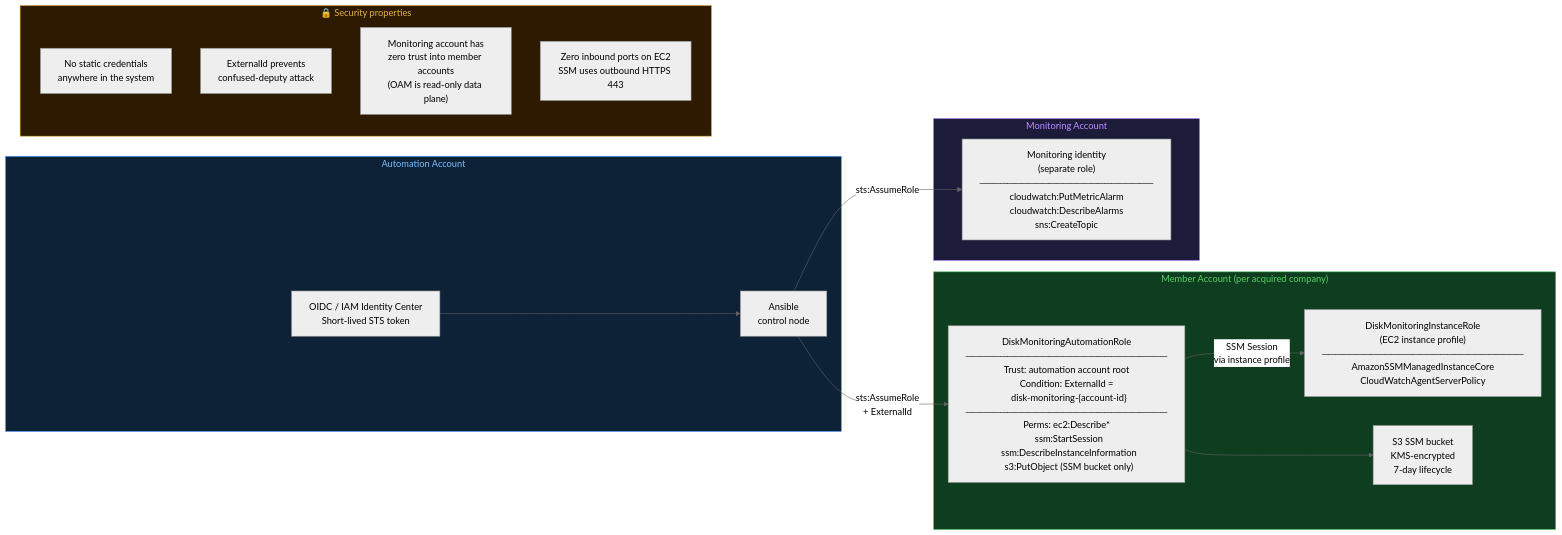
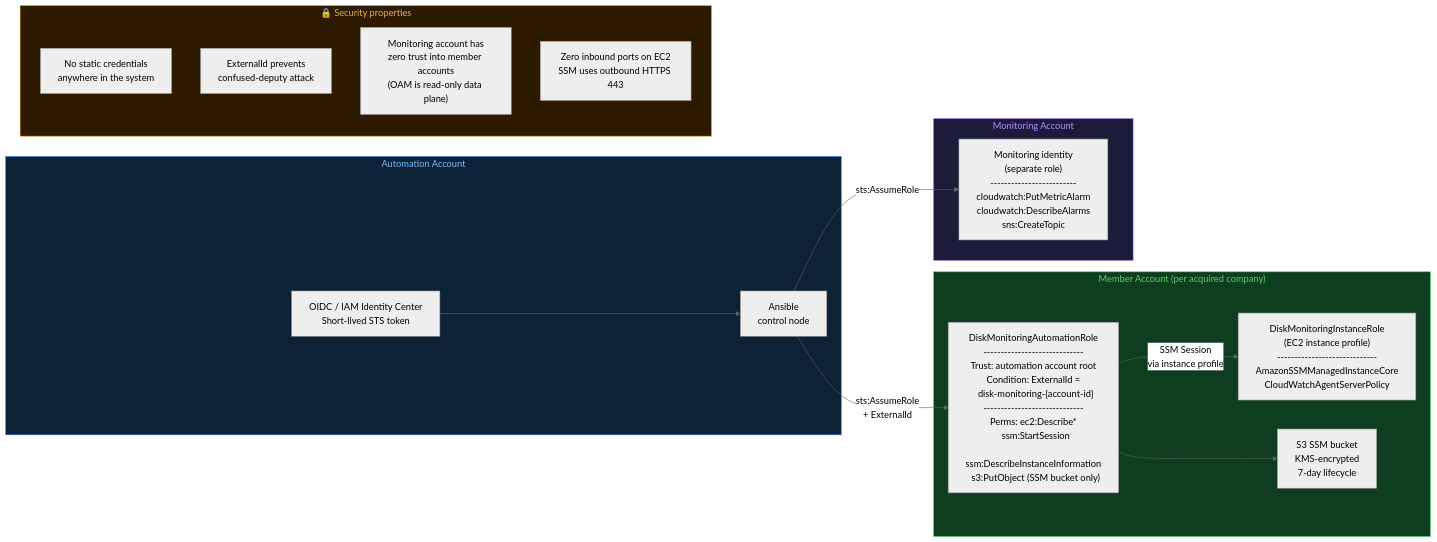
The sixth of 6 diagrams in docs/architecture.md (himanshu8693/aws-disk-monitoring), drawn with Mermaid (neutral theme) before and after one commit. The commit also changed other lines of this file, not shown here.

First line of the commit message:
Fix Mermaid parse errors in architecture diagrams

````diff
--- a/docs/architecture.md
+++ b/docs/architecture.md
@@ -267,36 +267,36 @@
 ```mermaid
 graph LR
     subgraph AUTO_ACC["Automation Account"]
         OIDC["OIDC / IAM Identity Center\nShort-lived STS token"]
         ANSIBLE2["Ansible\ncontrol node"]
         OIDC --> ANSIBLE2
     end
 
     subgraph MEMBER["Member Account  (per acquired company)"]
-        AUTO_ROLE["DiskMonitoringAutomationRole\n─────────────────────────────\nTrust: automation account root\nCondition: ExternalId =\n  disk-monitoring-{account-id}\n─────────────────────────────\nPerms: ec2:Describe*\n  ssm:StartSession\n  ssm:DescribeInstanceInformation\n  s3:PutObject (SSM bucket only)"]
-        INST_ROLE["DiskMonitoringInstanceRole\n(EC2 instance profile)\n─────────────────────────────\nAmazonSSMManagedInstanceCore\nCloudWatchAgentServerPolicy"]
+        AUTO_ROLE["DiskMonitoringAutomationRole\n-----------------------------\nTrust: automation account root\nCondition: ExternalId =\n  disk-monitoring-{account-id}\n-----------------------------\nPerms: ec2:Describe*\n  ssm:StartSession\n  ssm:DescribeInstanceInformation\n  s3:PutObject (SSM bucket only)"]
+        INST_ROLE["DiskMonitoringInstanceRole\n(EC2 instance profile)\n-----------------------------\nAmazonSSMManagedInstanceCore\nCloudWatchAgentServerPolicy"]
         S3["S3 SSM bucket\nKMS-encrypted\n7-day lifecycle"]
         AUTO_ROLE --> S3
     end
 
     ANSIBLE2 -->|"sts:AssumeRole\n+ ExternalId"| AUTO_ROLE
     AUTO_ROLE -->|"SSM Session\nvia instance profile"| INST_ROLE
 
     subgraph MON_ACC["Monitoring Account"]
-        MON_ROLE["Monitoring identity\n(separate role)\n─────────────────────────\ncloudwatch:PutMetricAlarm\ncloudwatch:DescribeAlarms\nsns:CreateTopic"]
+        MON_ROLE["Monitoring identity\n(separate role)\n-------------------------\ncloudwatch:PutMetricAlarm\ncloudwatch:DescribeAlarms\nsns:CreateTopic"]
     end
 
     ANSIBLE2 -->|"sts:AssumeRole"| MON_ROLE
 
     subgraph BLOCK["🔒 Security properties"]
         B1["No static credentials\nanywhere in the system"]
         B2["ExternalId prevents\nconfused-deputy attack"]
         B3["Monitoring account has\nzero trust into member accounts\n(OAM is read-only data plane)"]
         B4["Zero inbound ports on EC2\nSSM uses outbound HTTPS 443"]
     end
 
     style AUTO_ACC fill:#0d2137,stroke:#388bfd,color:#79c0ff
     style MEMBER   fill:#0f3d1f,stroke:#3fb950,color:#56d364
     style MON_ACC  fill:#1c1c3a,stroke:#8957e5,color:#bc8cff
     style BLOCK    fill:#2d1a00,stroke:#d29922,color:#e3b341
 ```
````
